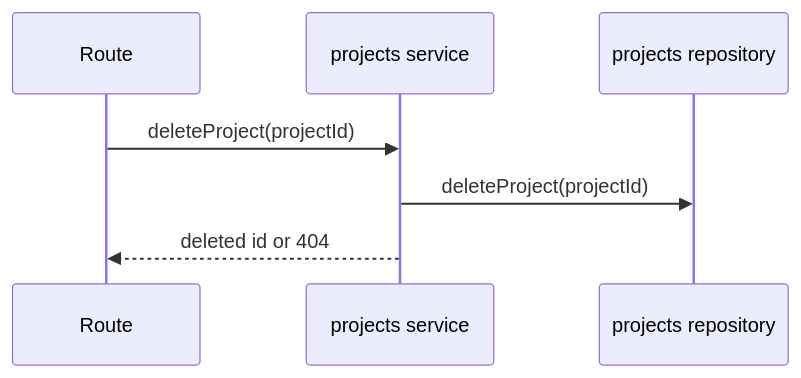
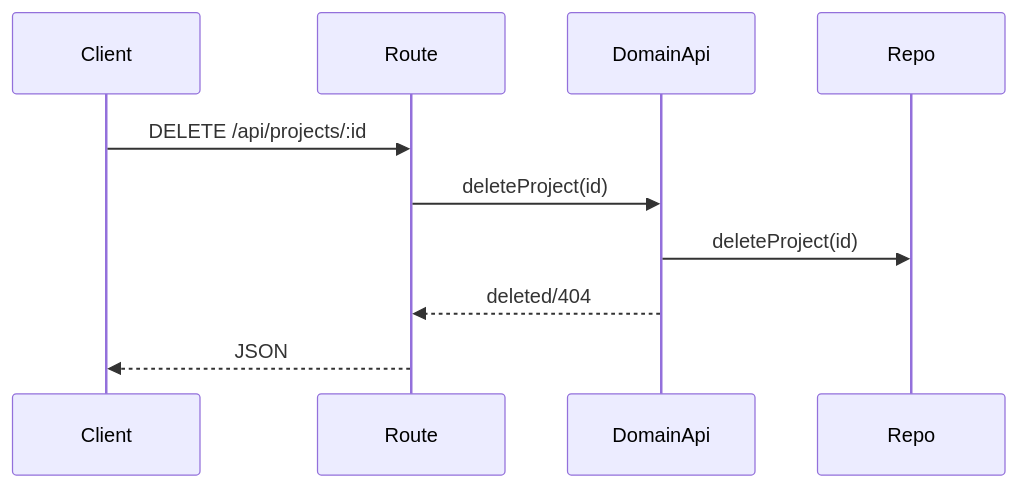
Before and after one commit to TurtleStoffel/tektite-console: the fifth of 5 diagrams in src/backend/domains/projects/README.md, drawn with Mermaid. The commit also changed other lines of this file and 30 other files, not shown here.

Commit message:
split domainApi from service

````diff
--- a/src/backend/domains/projects/README.md
+++ b/src/backend/domains/projects/README.md
@@ -62,9 +70,12 @@
 ```mermaid
 sequenceDiagram
+    participant Client
     participant Route
-    participant Service as projects service
-    participant Repo as projects repository
-    Route->>Service: deleteProject(projectId)
-    Service->>Repo: deleteProject(projectId)
-    Service-->>Route: deleted id or 404
+    participant DomainApi
+    participant Repo
+    Client->>Route: DELETE /api/projects/:id
+    Route->>DomainApi: deleteProject(id)
+    DomainApi->>Repo: deleteProject(id)
+    DomainApi-->>Route: deleted/404
+    Route-->>Client: JSON
 ```
````
